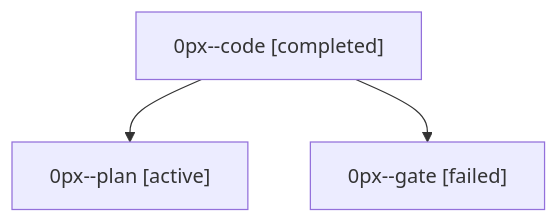
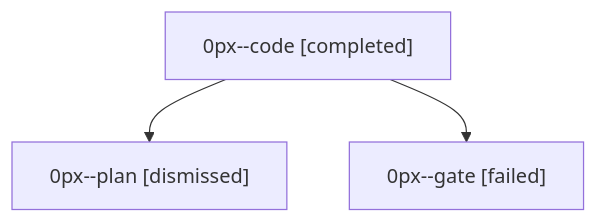
Before and after one commit to sase-org/sase--agents: the diagram in sessions/bbugyi200.athena.0px.md, drawn with Mermaid. The commit also changed other lines of this file and 36 other files, not shown here.

````diff
--- a/sessions/bbugyi200.athena.0px.md
+++ b/sessions/bbugyi200.athena.0px.md
@@ -9,8 +9,8 @@
 ```mermaid
 flowchart TD
   n0["0px--code [completed]"]
-  n1["0px--plan [active]"]
+  n1["0px--plan [dismissed]"]
   n0 --> n1
   n2["0px--gate [failed]"]
   n0 --> n2
 ```
````
